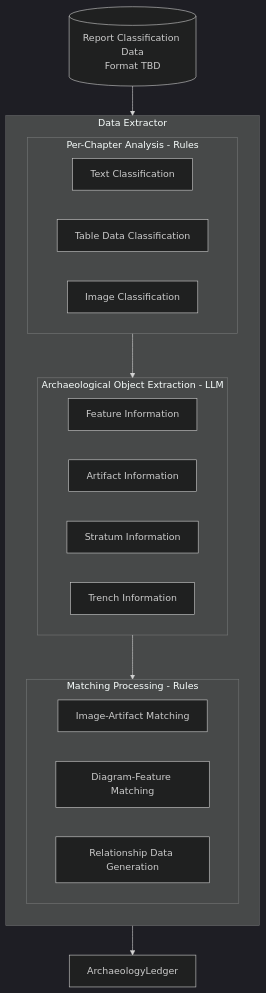
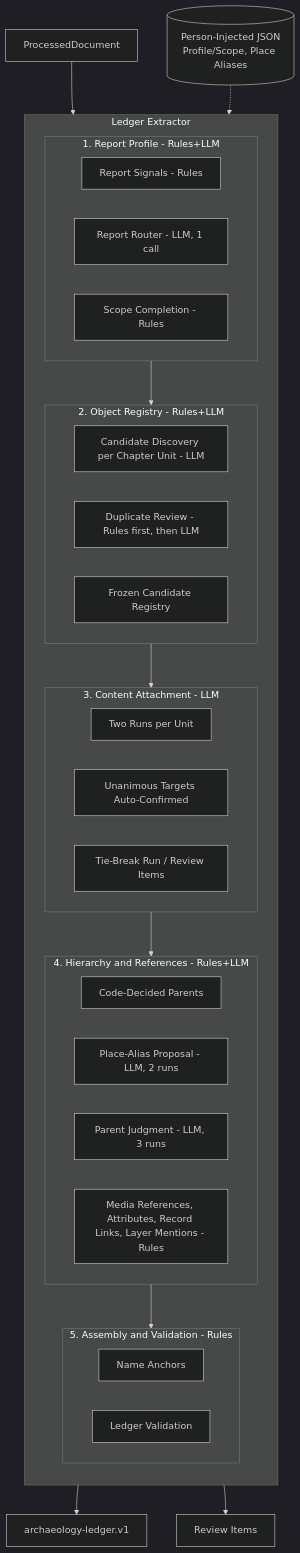
Before and after one commit to heripo-lab/heripo-engine: the fifth of 6 diagrams in docs/architecture.md, drawn with Mermaid (dark theme). The commit also changed other lines of this file and 7 other files, not shown here.

````diff
--- a/docs/architecture.md
+++ b/docs/architecture.md
@@ -356,30 +371,43 @@
 ```mermaid
 flowchart TB
-    subgraph DataExtractor[Data Extractor]
+    subgraph LedgerExtractor[Ledger Extractor]
         direction TB
 
-        subgraph Analysis[Per-Chapter Analysis - Rules]
-            A1[Text Classification]
-            A2[Table Data Classification]
-            A3[Image Classification]
+        subgraph Profile[1. Report Profile - Rules+LLM]
+            R1[Report Signals - Rules]
+            R2[Report Router - LLM, 1 call]
+            R3[Scope Completion - Rules]
         end
 
-        subgraph Extract[Archaeological Object Extraction - LLM]
-            E1[Feature Information]
-            E2[Artifact Information]
-            E3[Stratum Information]
-            E4[Trench Information]
+        subgraph Registry[2. Object Registry - Rules+LLM]
+            D1[Candidate Discovery per Chapter Unit - LLM]
+            D2[Duplicate Review - Rules first, then LLM]
+            D3[Frozen Candidate Registry]
         end
 
-        subgraph Match[Matching Processing - Rules]
-            M1[Image-Artifact Matching]
-            M2[Diagram-Feature Matching]
-            M3[Relationship Data Generation]
+        subgraph Attach[3. Content Attachment - LLM]
+            A1[Two Runs per Unit]
+            A2[Unanimous Targets Auto-Confirmed]
+            A3[Tie-Break Run / Review Items]
         end
 
-        Analysis --> Extract --> Match
+        subgraph Relate[4. Hierarchy and References - Rules+LLM]
+            P1[Code-Decided Parents]
+            P2[Place-Alias Proposal - LLM, 2 runs]
+            P3[Parent Judgment - LLM, 3 runs]
+            P4[Media References, Attributes, Record Links, Layer Mentions - Rules]
+        end
+
+        subgraph Validate[5. Assembly and Validation - Rules]
+            V1[Name Anchors]
+            V2[Ledger Validation]
+        end
+
+        Profile --> Registry --> Attach --> Relate --> Validate
     end
 
-    Classified[(Report Classification Data<br/>Format TBD)] --> DataExtractor
-    DataExtractor --> LedgerData[ArchaeologyLedger]
+    Processed[ProcessedDocument] --> LedgerExtractor
+    Person[(Person-Injected JSON<br/>Profile/Scope, Place Aliases)] -.-> LedgerExtractor
+    LedgerExtractor --> LedgerData[archaeology-ledger.v1]
+    LedgerExtractor --> Review[Review Items]
 ```
````
